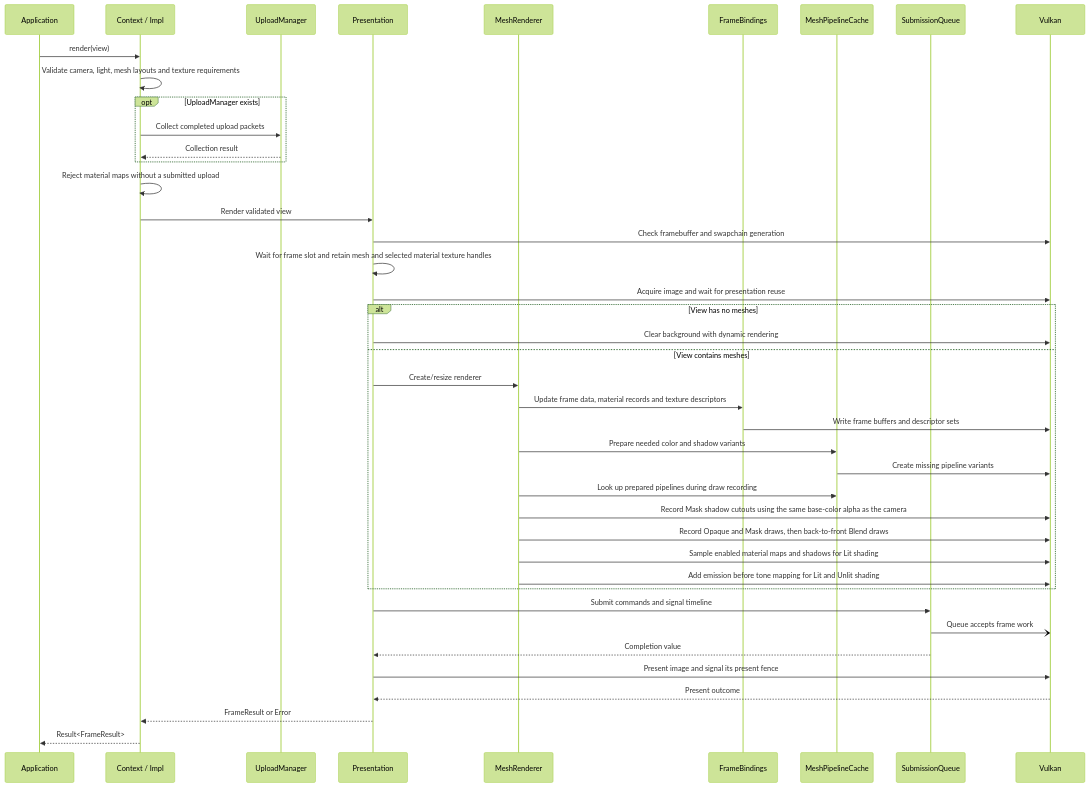
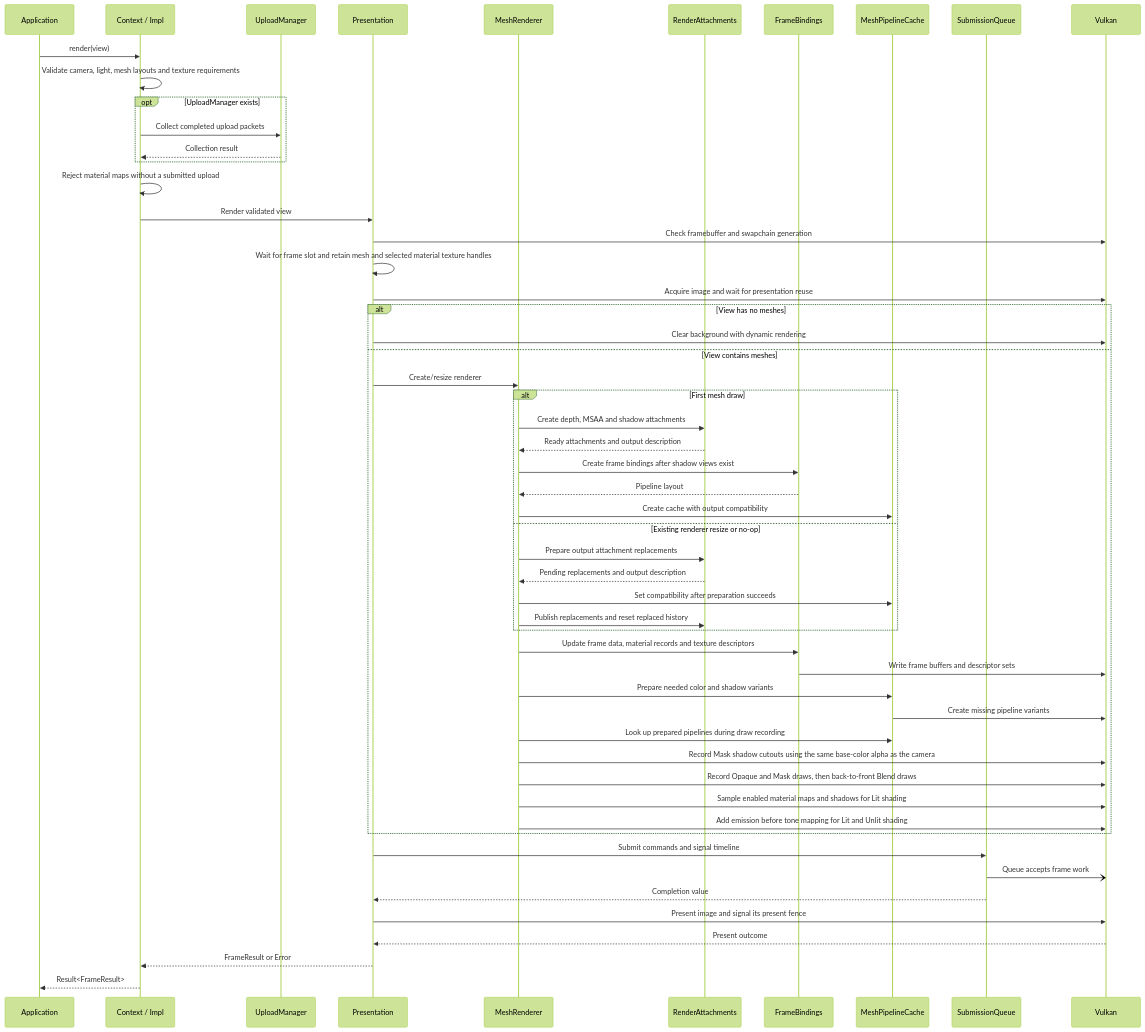
Before and after one commit to a-soltysik/Panda: the diagram in docs/use-cases/render-view.md, drawn with Mermaid (forest theme). The commit also changed other lines of this file and 10 other files, not shown here.

First line of the commit message:
Extract render attachments and make resize transactional (#110)

````diff
--- a/docs/use-cases/render-view.md
+++ b/docs/use-cases/render-view.md
@@ -78,44 +82,57 @@
 ```mermaid
 sequenceDiagram
     participant A as Application
     participant C as Context / Impl
     participant U as UploadManager
     participant P as Presentation
     participant R as MeshRenderer
+    participant RA as RenderAttachments
     participant B as FrameBindings
     participant K as MeshPipelineCache
     participant Q as SubmissionQueue
     participant V as Vulkan
     A->>C: render(view)
     C->>C: Validate camera, light, mesh layouts and texture requirements
     opt UploadManager exists
         C->>U: Collect completed upload packets
         U-->>C: Collection result
     end
     C->>C: Reject material maps without a submitted upload
     C->>P: Render validated view
     P->>V: Check framebuffer and swapchain generation
     P->>P: Wait for frame slot and retain mesh and selected material texture handles
     P->>V: Acquire image and wait for presentation reuse
     alt View has no meshes
         P->>V: Clear background with dynamic rendering
     else View contains meshes
         P->>R: Create/resize renderer
+        alt First mesh draw
+            R->>RA: Create depth, MSAA and shadow attachments
+            RA-->>R: Ready attachments and output description
+            R->>B: Create frame bindings after shadow views exist
+            B-->>R: Pipeline layout
+            R->>K: Create cache with output compatibility
+        else Existing renderer resize or no-op
+            R->>RA: Prepare output attachment replacements
+            RA-->>R: Pending replacements and output description
+            R->>K: Set compatibility after preparation succeeds
+            R->>RA: Publish replacements and reset replaced history
+        end
         R->>B: Update frame data, material records and texture descriptors
         B->>V: Write frame buffers and descriptor sets
         R->>K: Prepare needed color and shadow variants
         K->>V: Create missing pipeline variants
         R->>K: Look up prepared pipelines during draw recording
         R->>V: Record Mask shadow cutouts using the same base-color alpha as the camera
         R->>V: Record Opaque and Mask draws, then back-to-front Blend draws
         R->>V: Sample enabled material maps and shadows for Lit shading
         R->>V: Add emission before tone mapping for Lit and Unlit shading
     end
     P->>Q: Submit commands and signal timeline
     Q-)V: Queue accepts frame work
     Q-->>P: Completion value
     P->>V: Present image and signal its present fence
     V-->>P: Present outcome
     P-->>C: FrameResult or Error
     C-->>A: Result<FrameResult>
 ```
````
